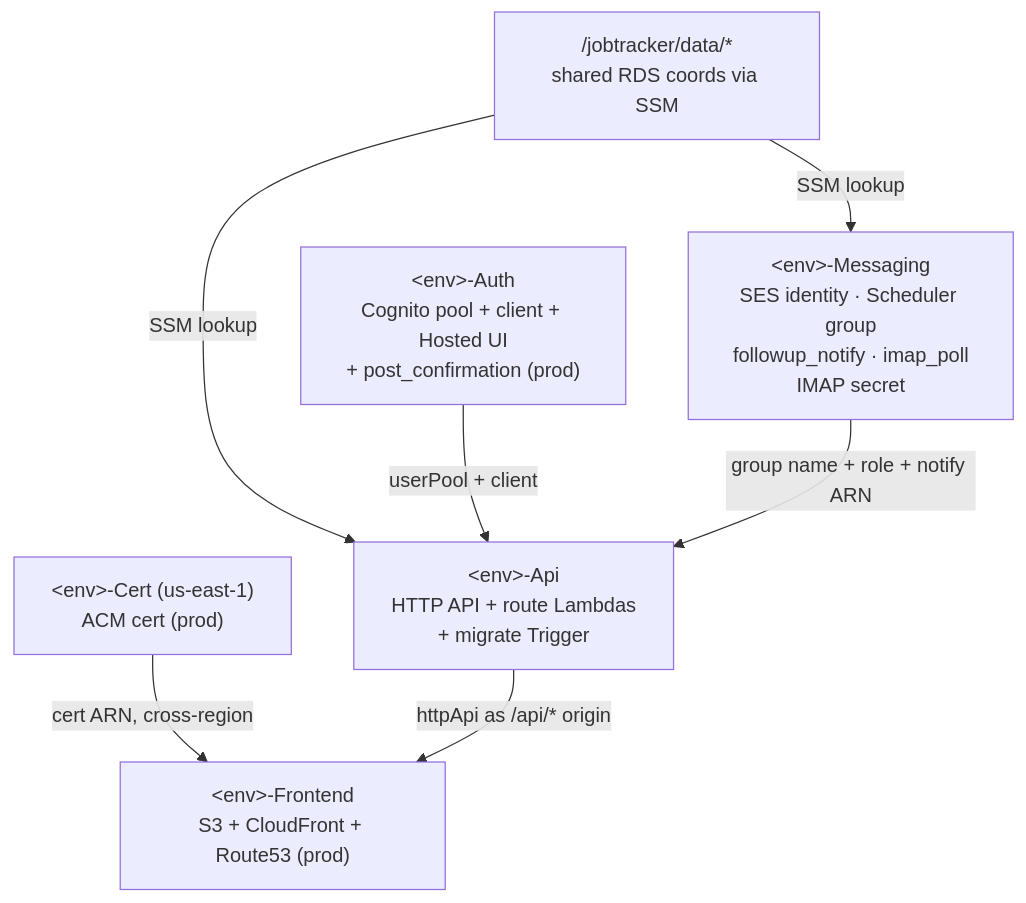
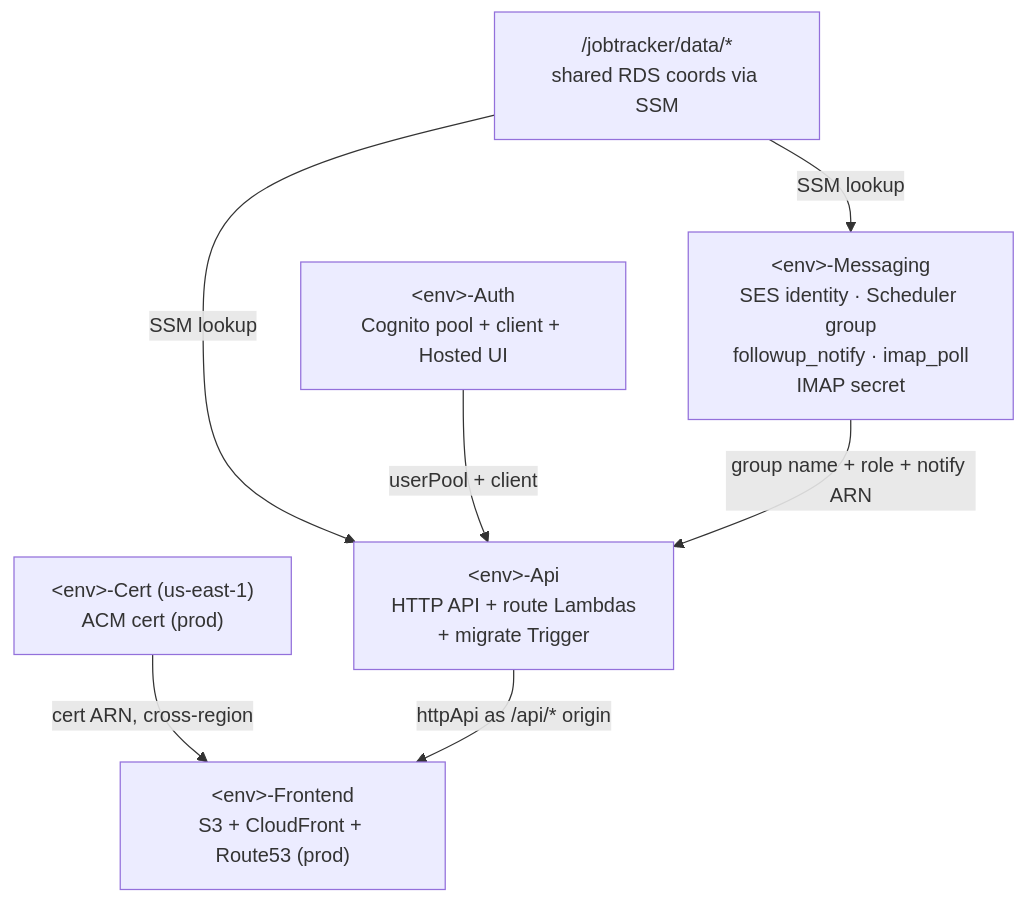
The fourth of 4 diagrams in docs/ARCHITECTURE.md (saastabp/speaker-tracker), drawn with Mermaid before and after one commit. The commit also changed other lines of this file and 5 other files, not shown here.

First line of the commit message:
Adopt recommended CDK flags; drop post_confirmation

````diff
--- a/docs/ARCHITECTURE.md
+++ b/docs/ARCHITECTURE.md
@@ -377,16 +376,16 @@
 ```mermaid
 flowchart TB
     JTDATA["/jobtracker/data/*<br/>shared RDS coords via SSM"]
-    AUTH["&lt;env&gt;-Auth<br/>Cognito pool + client + Hosted UI<br/>+ post_confirmation (prod)"]
+    AUTH["&lt;env&gt;-Auth<br/>Cognito pool + client + Hosted UI"]
     CERT["&lt;env&gt;-Cert (us-east-1)<br/>ACM cert (prod)"]
     MSG["&lt;env&gt;-Messaging<br/>SES identity · Scheduler group<br/>followup_notify · imap_poll<br/>IMAP secret"]
     API["&lt;env&gt;-Api<br/>HTTP API + route Lambdas<br/>+ migrate Trigger"]
     FE["&lt;env&gt;-Frontend<br/>S3 + CloudFront + Route53 (prod)"]
 
     JTDATA -->|SSM lookup| API
     JTDATA -->|SSM lookup| MSG
     AUTH -->|userPool + client| API
     MSG -->|"group name + role + notify ARN"| API
     CERT -->|"cert ARN, cross-region"| FE
     API -->|"httpApi as /api/* origin"| FE
 ```
````
